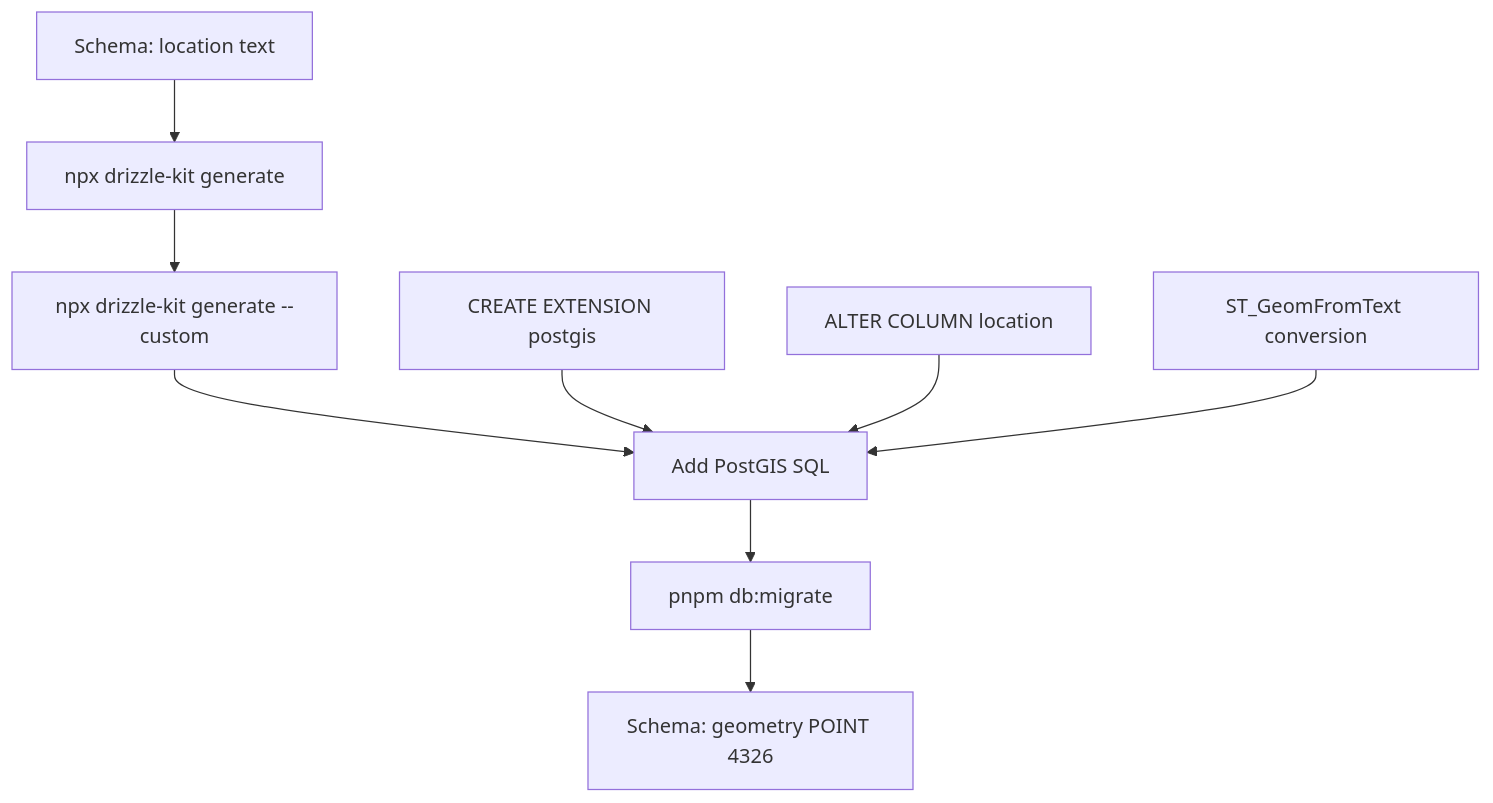
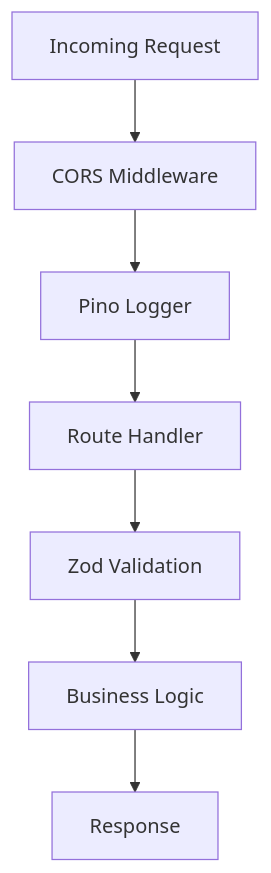
Before and after one commit to Ameciclo/atlas: the seventh of 9 diagrams in apps/cyclists-count/cyclists-count-architecture.md, drawn with Mermaid. The commit also changed other lines of this file and 2 other files, not shown here.

````diff
--- a/apps/cyclists-count/cyclists-count-architecture.md
+++ b/apps/cyclists-count/cyclists-count-architecture.md
@@ -69,12 +211,17 @@
 ```mermaid
 graph TD
-    A[Schema: location text] --> B[npx drizzle-kit generate]
-    B --> C[npx drizzle-kit generate --custom]
-    C --> D[Add PostGIS SQL]
-    D --> E[pnpm db:migrate]
-    E --> F[Schema: geometry POINT 4326]
-    
-    G[CREATE EXTENSION postgis] --> D
-    H[ALTER COLUMN location] --> D
-    I[ST_GeomFromText conversion] --> D
+    REQUEST[Incoming Request]
+    CORS[CORS Middleware]
+    LOGGER[Pino Logger]
+    ROUTES[Route Handler]
+    VALIDATION[Zod Validation]
+    HANDLER[Business Logic]
+    RESPONSE[Response]
+
+    REQUEST --> CORS
+    CORS --> LOGGER
+    LOGGER --> ROUTES
+    ROUTES --> VALIDATION
+    VALIDATION --> HANDLER
+    HANDLER --> RESPONSE
 ```
````
